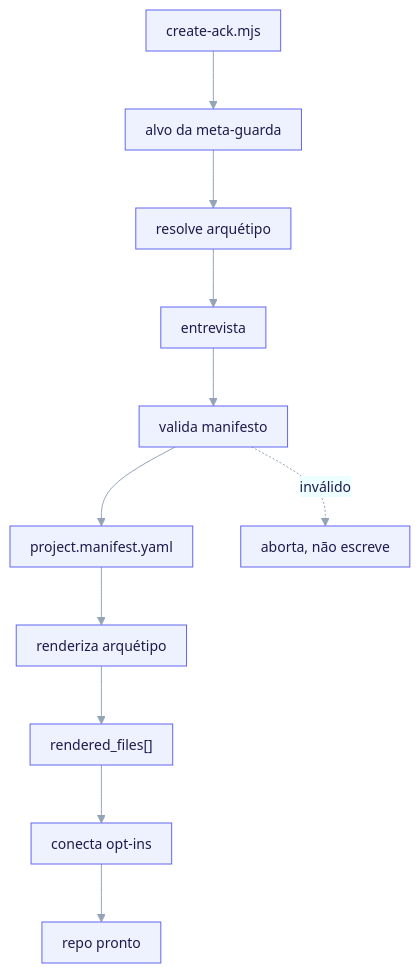
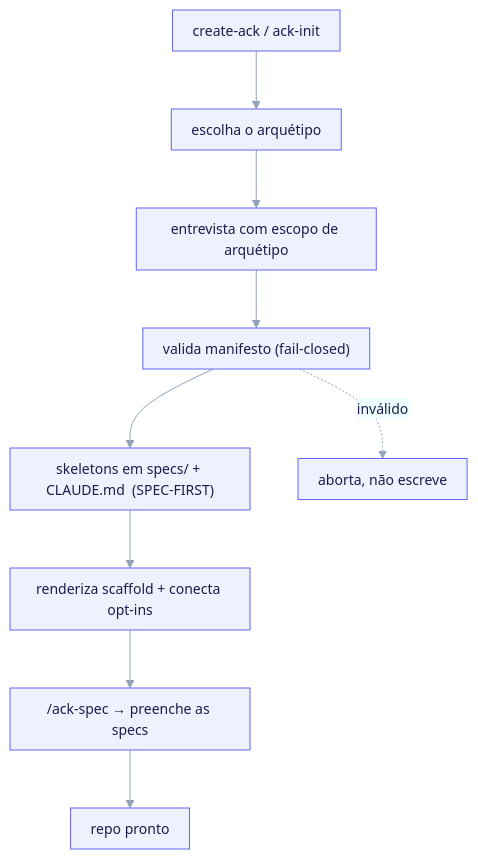
Before and after one commit to arthurghz/ai-core-kit: the diagram in site/pages/pt/getting-started/quickstart.mdx, drawn with Mermaid. The commit also changed other lines of this file and 12 other files, not shown here.

First line of the commit message:
feat(site): redesign landing into a spec-first product homepage + docs polish

````diff
--- a/site/pages/pt/getting-started/quickstart.mdx
+++ b/site/pages/pt/getting-started/quickstart.mdx
@@ -13,17 +36,15 @@
 ```mermaid
 %%{init: {"theme":"base","themeVariables":{"primaryColor":"#eef2ff","primaryBorderColor":"#6366f1","primaryTextColor":"#1e1b4b","secondaryColor":"#ecfeff","tertiaryColor":"#faf5ff","lineColor":"#94a3b8","fontSize":"14px"},"flowchart":{"htmlLabels":true,"curve":"basis","nodeSpacing":48,"rankSpacing":58,"padding":10},"fontFamily":"ui-sans-serif, system-ui, -apple-system, Segoe UI, Roboto, sans-serif"}}%%
 flowchart TD
-  CLI["create-ack.mjs"]
-  GUARD["alvo da meta-guarda"]
-  ARCH["resolve arquétipo"]
-  INT["entrevista"]
-  ASM["valida manifesto"]
-  WRITE["project.manifest.yaml"]
-  RENDER["renderiza arquétipo"]
-  LEDGER["rendered_files[]"]
-  WIRE["conecta opt-ins"]
+  CLI["create-ack / ack-init"]
+  ARCH["escolha o arquétipo"]
+  INT["entrevista com escopo de arquétipo"]
+  ASM["valida manifesto (fail-closed)"]
+  SPEC["skeletons em specs/ + CLAUDE.md  (SPEC-FIRST)"]
+  RENDER["renderiza scaffold + conecta opt-ins"]
+  AUTHOR["/ack-spec → preenche as specs"]
   DONE["repo pronto"]
 
-  CLI --> GUARD --> ARCH --> INT --> ASM --> WRITE --> RENDER --> LEDGER --> WIRE --> DONE
+  CLI --> ARCH --> INT --> ASM --> SPEC --> RENDER --> AUTHOR --> DONE
   ASM -. "inválido" .-> ABORT["aborta, não escreve"]
 ```
````
